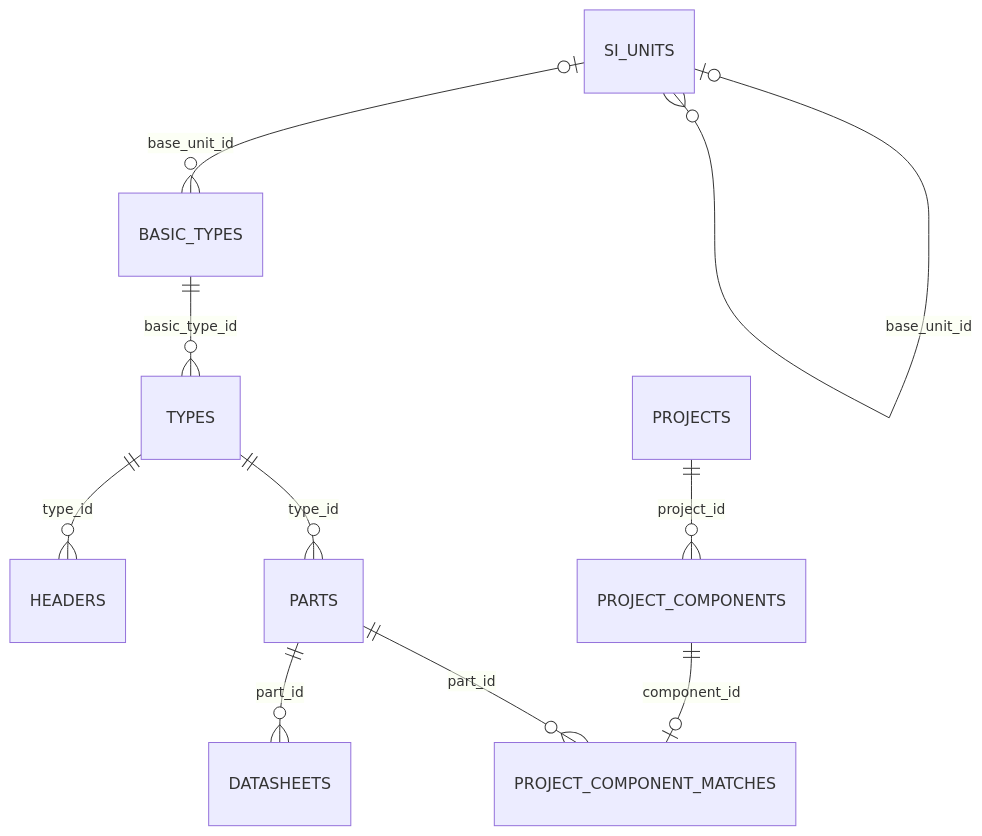
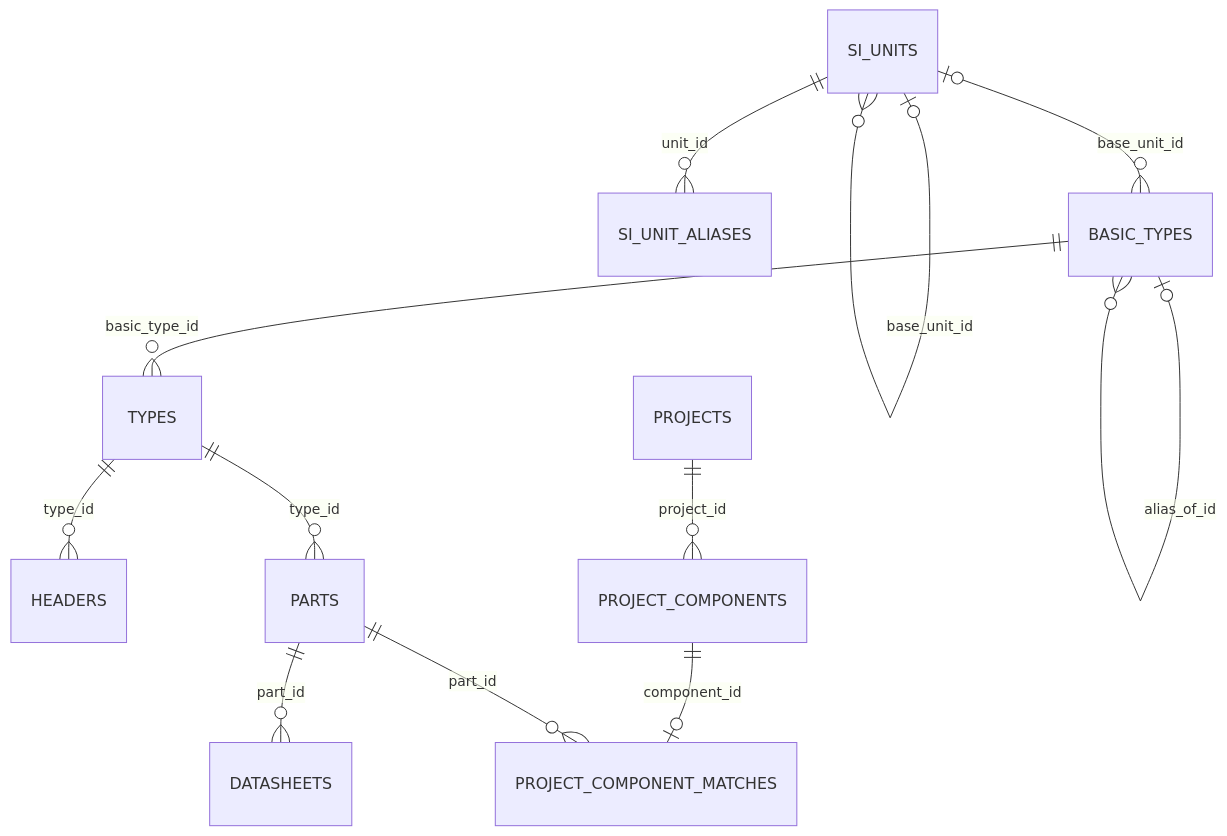
The diagram in docs/database-schema.md (abel-msk/PartsDB), drawn with Mermaid before and after one commit. The commit also changed other lines of this file and 37 other files, not shown here.

````diff
--- a/docs/database-schema.md
+++ b/docs/database-schema.md
@@ -38,12 +39,14 @@
 ```mermaid
 erDiagram
+    SI_UNITS ||--o{ SI_UNIT_ALIASES : unit_id
     SI_UNITS o|--o{ SI_UNITS : base_unit_id
     SI_UNITS o|--o{ BASIC_TYPES : base_unit_id
+    BASIC_TYPES o|--o{ BASIC_TYPES : alias_of_id
     BASIC_TYPES ||--o{ TYPES : basic_type_id
     TYPES ||--o{ HEADERS : type_id
     TYPES ||--o{ PARTS : type_id
     PARTS ||--o{ DATASHEETS : part_id
     PROJECTS ||--o{ PROJECT_COMPONENTS : project_id
     PROJECT_COMPONENTS ||--o| PROJECT_COMPONENT_MATCHES : component_id
     PARTS ||--o{ PROJECT_COMPONENT_MATCHES : part_id
 ```
````
